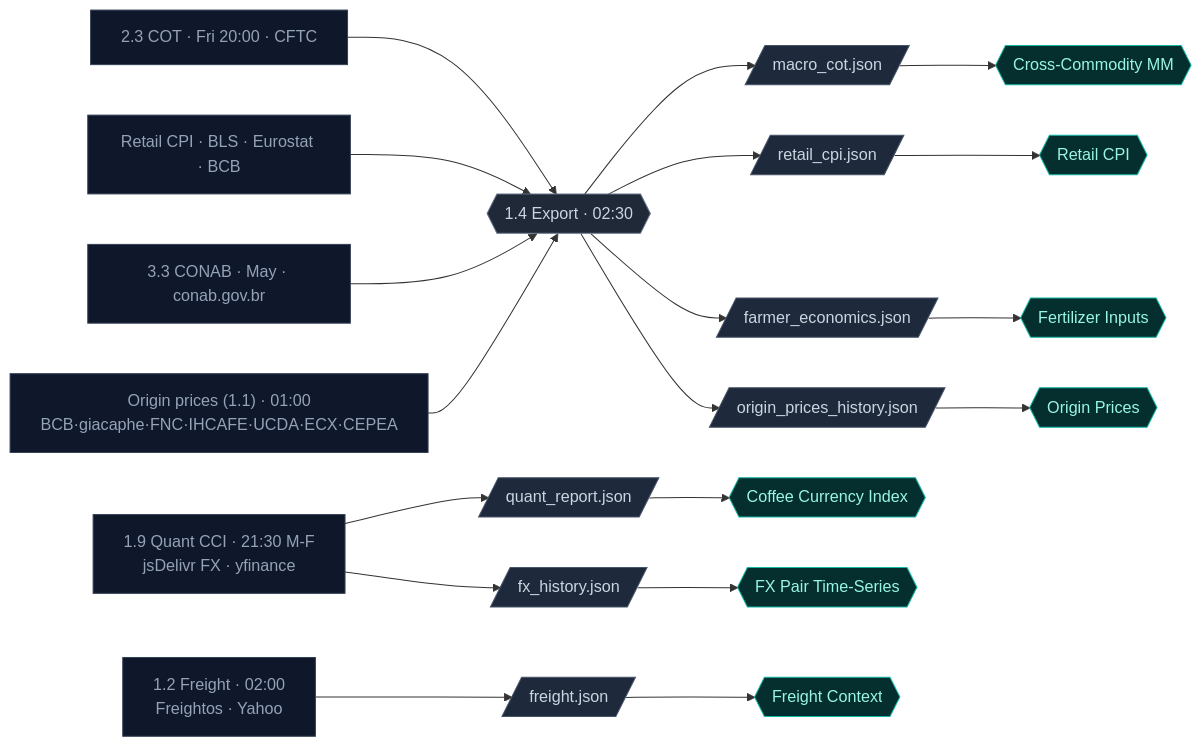
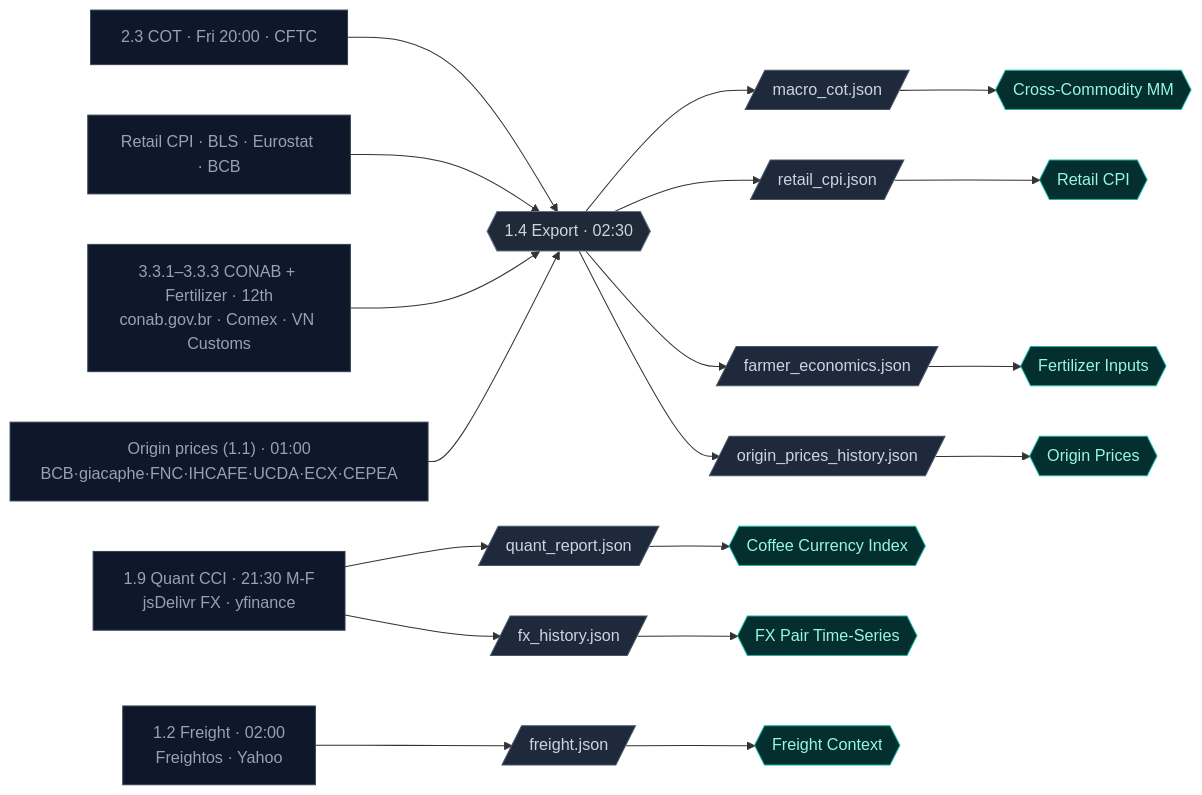
One commit to loicscanu-ctrl/Coffee-intel-map changed the seventh of 9 diagrams in docs/DATA_PLATFORM_MAP.md. Above: the diagram before and after it, drawn with Mermaid. The commit also changed other lines of this file and 1 other file, not shown here.

````diff
--- a/docs/DATA_PLATFORM_MAP.md
+++ b/docs/DATA_PLATFORM_MAP.md
@@ -485,45 +501,45 @@
 ```mermaid
 flowchart LR
   W19["1.9 Quant CCI · 21:30 M-F<br/>jsDelivr FX · yfinance"]
   W12["1.2 Freight · 02:00<br/>Freightos · Yahoo"]
   W23["2.3 COT · Fri 20:00 · CFTC"]
   WORIG["Origin prices (1.1) · 01:00<br/>BCB·giacaphe·FNC·IHCAFE·UCDA·ECX·CEPEA"]
   WCPI["Retail CPI · BLS · Eurostat · BCB"]
-  W33["3.3 CONAB · May · conab.gov.br"]
+  W33["3.3.1–3.3.3 CONAB + Fertilizer · 12th<br/>conab.gov.br · Comex · VN Customs"]
   EXP{{"1.4 Export · 02:30"}}
   J_mac[/macro_cot.json/]
   J_q[/quant_report.json/]
   J_fx[/fx_history.json/]
   J_fr[/freight.json/]
   J_cpi[/retail_cpi.json/]
   J_fe[/farmer_economics.json/]
   J_orig[/origin_prices_history.json/]
   xc{{Cross-Commodity MM}}
   cci{{Coffee Currency Index}}
   fx{{FX Pair Time-Series}}
   fr{{Freight Context}}
   cpi{{Retail CPI}}
   fert{{Fertilizer Inputs}}
   orig{{Origin Prices}}
   W23 --> EXP
   WCPI --> EXP
   W33 --> EXP
   WORIG --> EXP
   EXP --> J_mac --> xc
   EXP --> J_cpi --> cpi
   EXP --> J_fe --> fert
   EXP --> J_orig --> orig
   W19 --> J_q --> cci
   W19 --> J_fx --> fx
   W12 --> J_fr --> fr
 
   classDef scr fill:#0f172a,stroke:#334155,color:#94a3b8;
   classDef store fill:#450a0a,stroke:#ef4444,color:#fecaca;
   classDef proc fill:#1f2937,stroke:#64748b,color:#cbd5e1;
   classDef json fill:#1e293b,stroke:#475569,color:#cbd5e1;
   classDef vis fill:#042f2e,stroke:#14b8a6,color:#99f6e4;
   class W19,W12,W23,WORIG,WCPI,W33 scr;
   class EXP proc;
   class J_mac,J_q,J_fx,J_fr,J_cpi,J_fe,J_orig json;
   class xc,cci,fx,fr,cpi,fert,orig vis;
 ```
````
